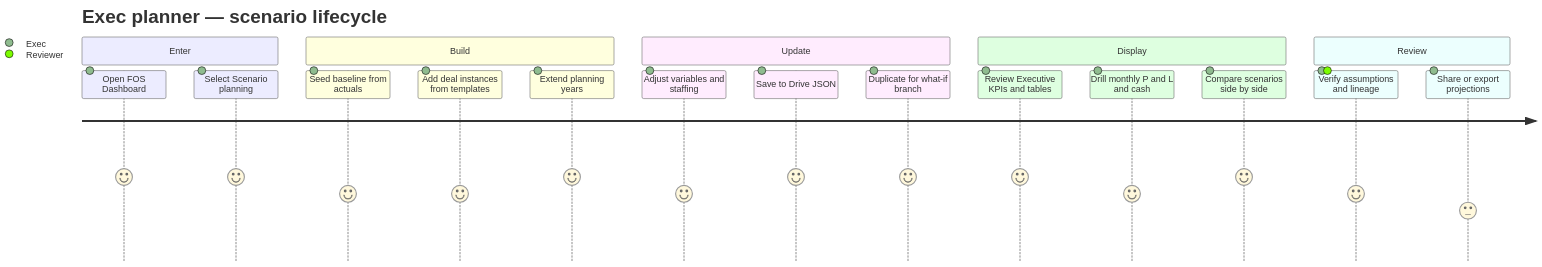
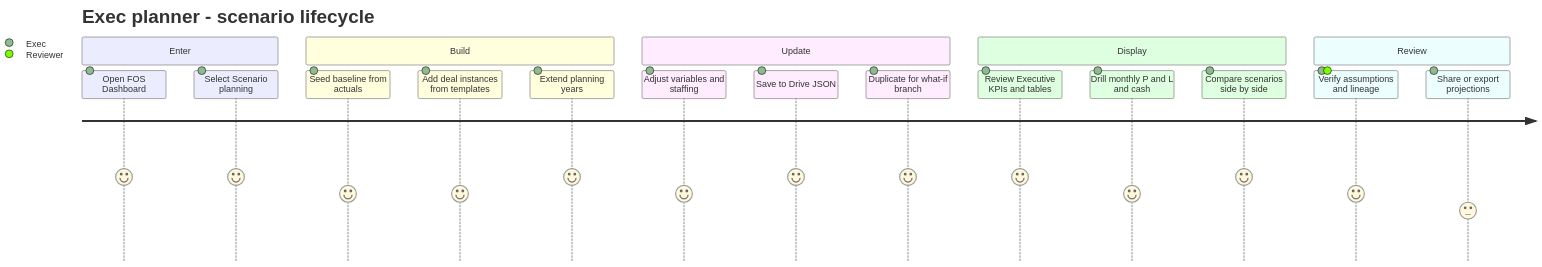
The first of 3 diagrams in docs/features/014-scenario-planning.md (bernardw01/FOSDashboard), drawn with Mermaid before and after one commit. The commit also changed other lines of this file and 58 other files, not shown here.

````diff
--- a/docs/features/014-scenario-planning.md
+++ b/docs/features/014-scenario-planning.md
@@ -412,22 +412,22 @@
 ```mermaid
 journey
-  title Exec planner — scenario lifecycle
-  section Enter
-    Open FOS Dashboard: 5: Exec
-    Select Scenario planning: 5: Exec
-  section Build
-    Seed baseline from actuals: 4: Exec
-    Add deal instances from templates: 4: Exec
-    Extend planning years: 5: Exec
-  section Update
-    Adjust variables and staffing: 4: Exec
-    Save to Drive JSON: 5: Exec
-    Duplicate for what-if branch: 5: Exec
-  section Display
-    Review Executive KPIs and tables: 5: Exec
-    Drill monthly P and L and cash: 4: Exec
-    Compare scenarios side by side: 5: Exec
-  section Review
-    Verify assumptions and lineage: 4: Exec, Reviewer
-    Share or export projections: 3: Exec
+ title Exec planner - scenario lifecycle
+ section Enter
+ Open FOS Dashboard: 5: Exec
+ Select Scenario planning: 5: Exec
+ section Build
+ Seed baseline from actuals: 4: Exec
+ Add deal instances from templates: 4: Exec
+ Extend planning years: 5: Exec
+ section Update
+ Adjust variables and staffing: 4: Exec
+ Save to Drive JSON: 5: Exec
+ Duplicate for what-if branch: 5: Exec
+ section Display
+ Review Executive KPIs and tables: 5: Exec
+ Drill monthly P and L and cash: 4: Exec
+ Compare scenarios side by side: 5: Exec
+ section Review
+ Verify assumptions and lineage: 4: Exec, Reviewer
+ Share or export projections: 3: Exec
 ```
````
